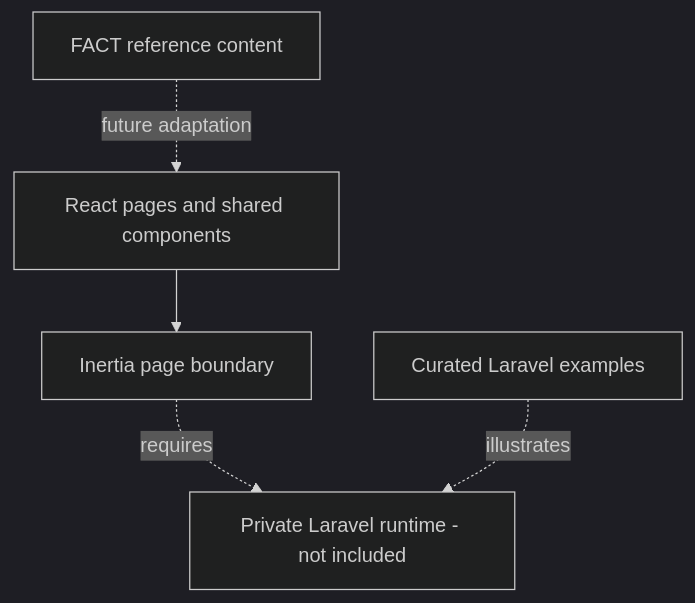
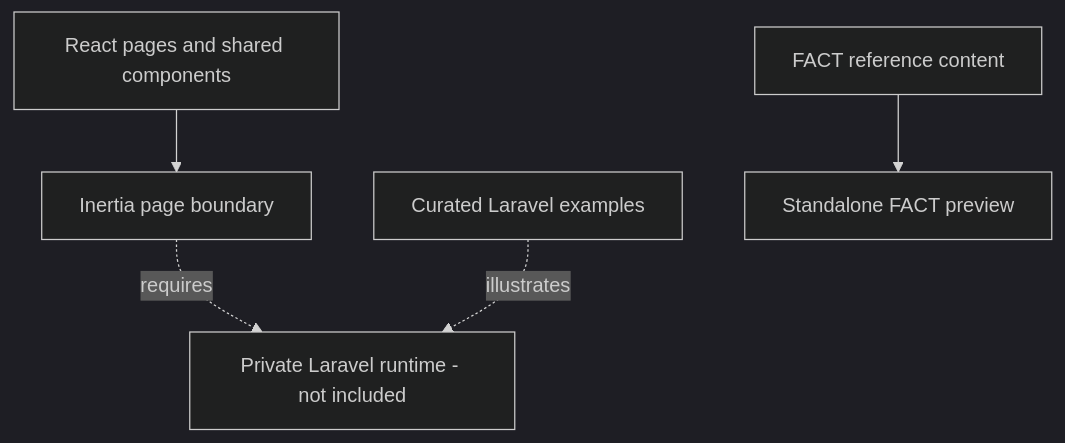
Before and after one commit to ibamzjr/Fact-Indonesia: the diagram in docs/architecture/overview.md, drawn with Mermaid (dark theme). The commit also changed other lines of this file and 11 other files, not shown here.

Commit message:
docs(fact): finalize the verified preview and publication guide

````diff
--- a/docs/architecture/overview.md
+++ b/docs/architecture/overview.md
@@ -7,13 +8,14 @@
 ```mermaid
 flowchart TB
     UI[React pages and shared components]
     Navigation[Inertia page boundary]
     Runtime[Private Laravel runtime - not included]
     Examples[Curated Laravel examples]
     Context[FACT reference content]
+    Preview[Standalone FACT preview]
 
     UI --> Navigation
     Navigation -. requires .-> Runtime
     Examples -. illustrates .-> Runtime
-    Context -. future adaptation .-> UI
+    Context --> Preview
 ```
````
